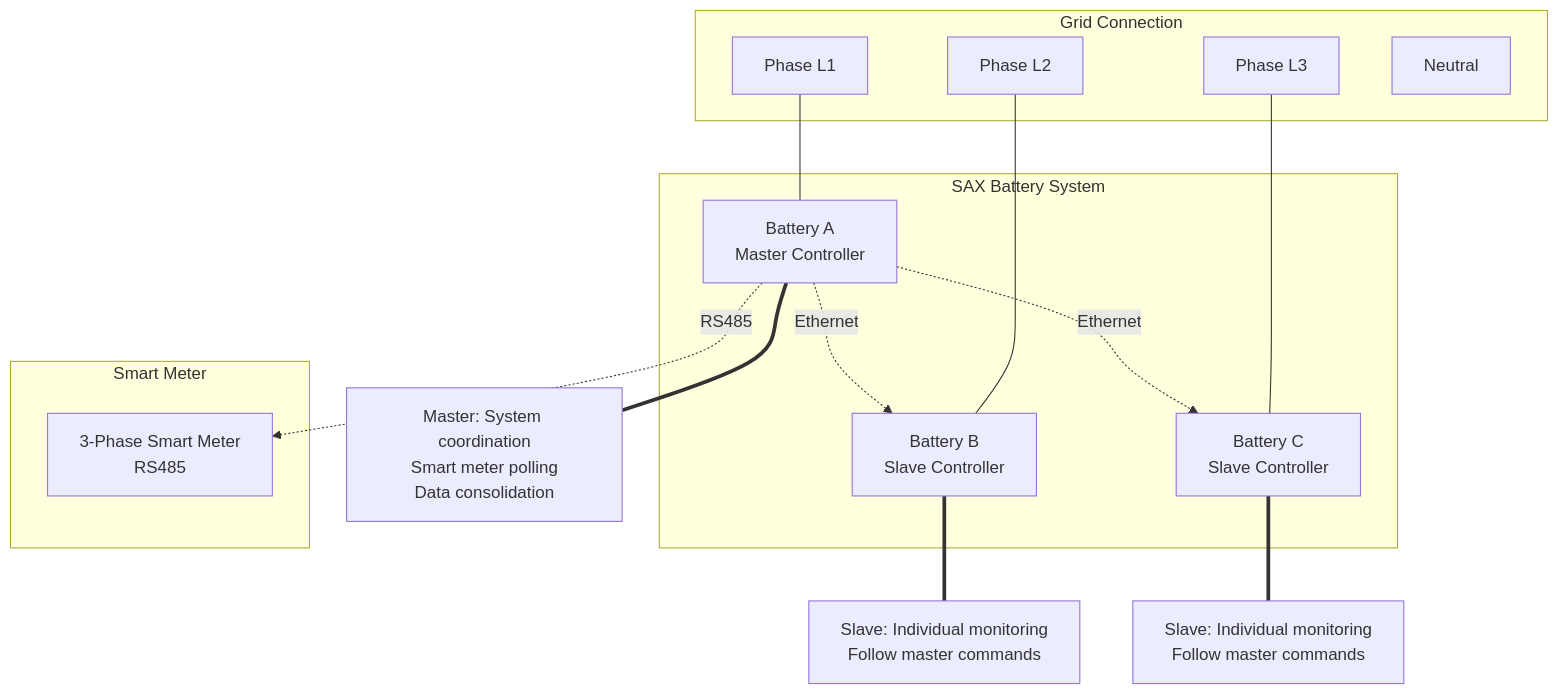
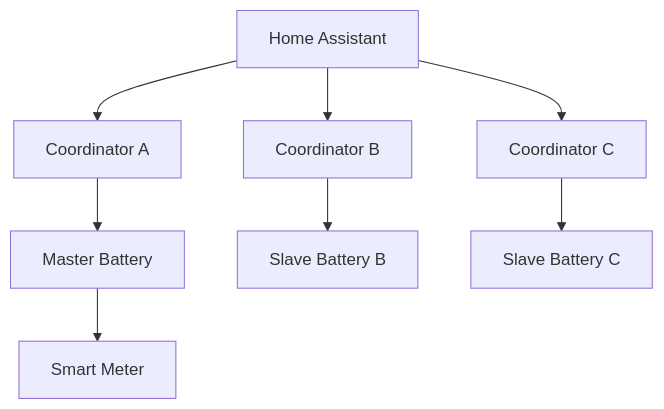
One commit to matfroh/sax_battery_ha changed the diagram in documentation/architecture/multi-battery-system.md. Above: the diagram before and after it, drawn with Mermaid. The commit also changed other lines of this file and 52 other files, not shown here.

````diff
--- a/documentation/architecture/multi-battery-system.md
+++ b/documentation/architecture/multi-battery-system.md
@@ -11,31 +11,10 @@
 ```mermaid
 graph TB
-    subgraph "Grid Connection"
-        L1[Phase L1]
-        L2[Phase L2] 
-        L3[Phase L3]
-        N[Neutral]
-    end
-    
-    subgraph "SAX Battery System"
-        A[Battery A<br/>Master Controller]
-        B[Battery B<br/>Slave Controller]
-        C[Battery C<br/>Slave Controller]
-    end
-    
-    subgraph "Smart Meter"
-        SM[3-Phase Smart Meter<br/>RS485]
-    end
-    
-    L1 --- A
-    L2 --- B
-    L3 --- C
-    
-    A -.RS485.-> SM
-    A -.Ethernet.-> B
-    A -.Ethernet.-> C
-    
-    A === MASTER[Master: System coordination<br/>Smart meter polling<br/>Data consolidation]
-    B === SLAVE1[Slave: Individual monitoring<br/>Follow master commands]
-    C === SLAVE2[Slave: Individual monitoring<br/>Follow master commands]
+    MA[Master Battery] --> SM[Smart Meter]
+    HA[Home Assistant] --> CMA[Coordinator A]
+    HA --> CMB[Coordinator B]
+    HA --> CMC[Coordinator C]
+    CMA --> MA
+    CMB --> SB[Slave Battery B]
+    CMC --> SC[Slave Battery C]
 ```
````
